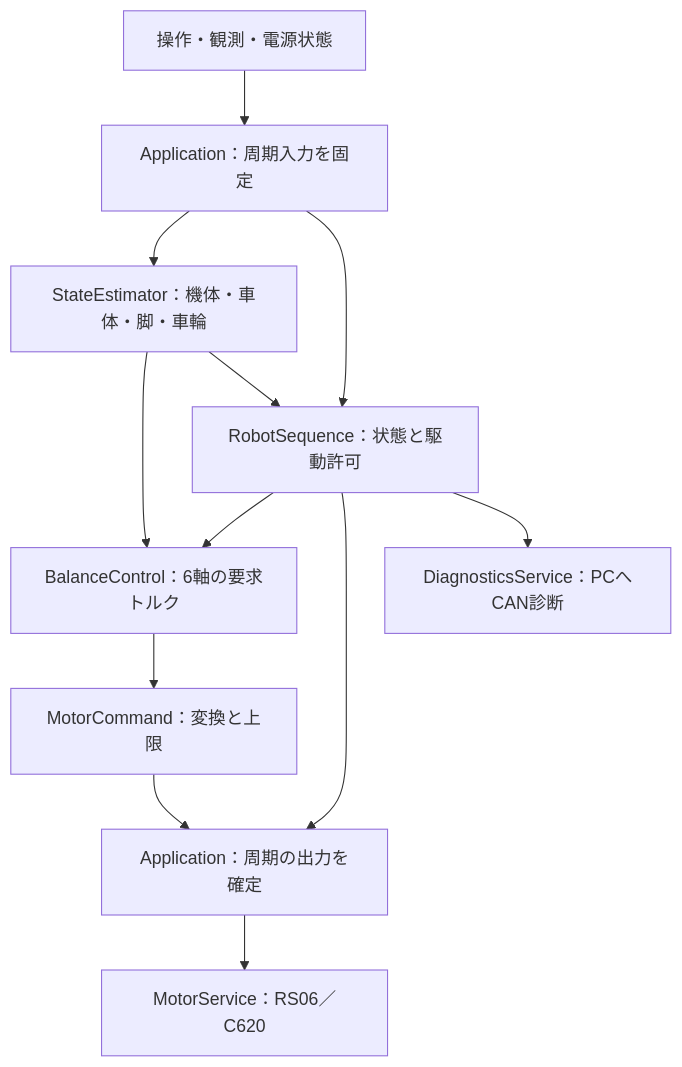
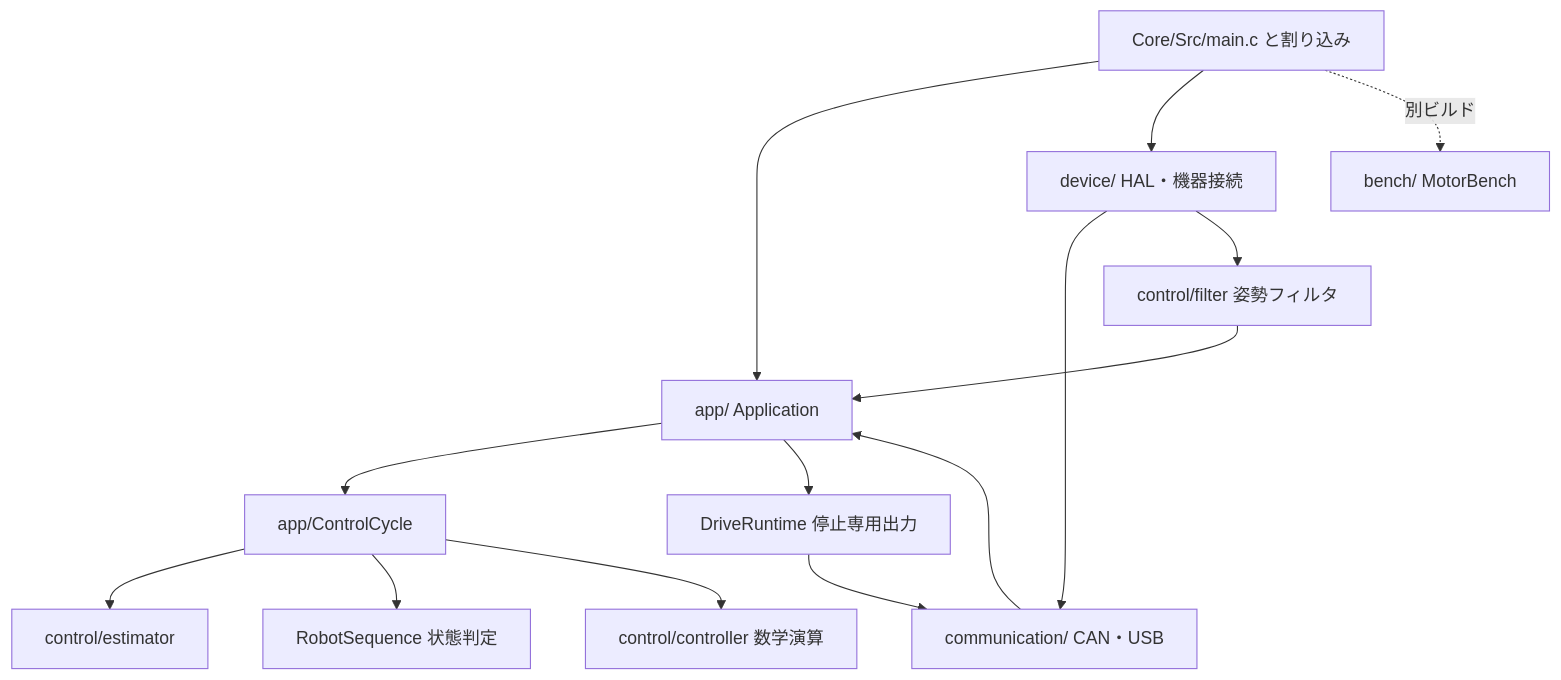
The second of 2 diagrams in docs/architecture.md (kou-pen/balancing), drawn with Mermaid before and after one commit. The commit also changed other lines of this file and 16 other files, not shown here.

```diff
--- a/docs/architecture.md
+++ b/docs/architecture.md
@@ -7,14 +21,16 @@
 <pre class="mermaid">
 flowchart TB
-    INPUT["操作・観測・電源状態"] --> APP["Application：周期入力を固定"]
-    APP --> EST["StateEstimator：機体・車体・脚・車輪"]
-    APP --> SEQ["RobotSequence：状態と駆動許可"]
-    EST --> CTRL["BalanceControl：6軸の要求トルク"]
-    EST --> SEQ
-    SEQ --> CTRL
-    CTRL --> CMD["MotorCommand：変換と上限"]
-    CMD --> FINAL["Application：周期の出力を確定"]
-    SEQ --> FINAL
-    FINAL --> MOTOR["MotorService：RS06／C620"]
-    SEQ --> DIAG["DiagnosticsService：PCへCAN診断"]
+    CORE["Core/Src/main.c と割り込み"] --> APP["app/ Application"]
+    CORE --> IO["device/ HAL・機器接続"]
+    IO --> COMM["communication/ CAN・USB"]
+    COMM --> APP
+    APP --> CYCLE["app/ControlCycle"]
+    CYCLE --> EST["control/estimator"]
+    IO --> FILTER["control/filter 姿勢フィルタ"]
+    FILTER --> APP
+    CYCLE --> SEQ["RobotSequence 状態判定"]
+    CYCLE --> CTRL["control/controller 数学演算"]
+    APP --> DRIVE["DriveRuntime 停止専用出力"]
+    DRIVE --> COMM
+    CORE -. 別ビルド .-> BENCH["bench/ MotorBench"]
 </pre>
```
